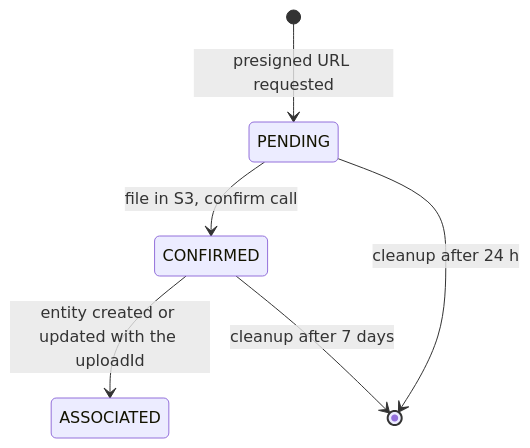
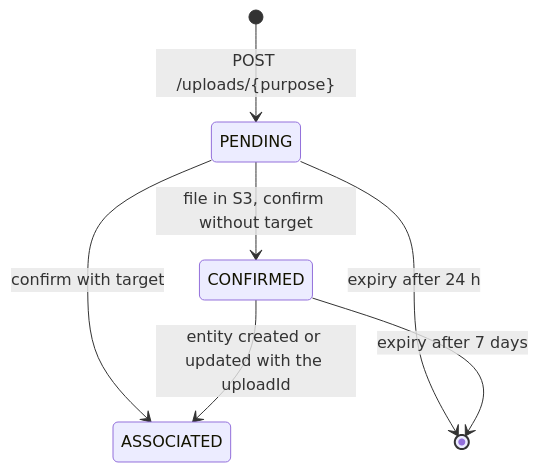
One commit to nissimbuchs/BATbern2 changed the second of 18 diagrams in docs/architecture/03-data-architecture.md. Above: the diagram before and after it, drawn with Mermaid. The commit also changed other lines of this file and 138 other files, not shown here.

First line of the commit message:
refactor(uploads)!: one upload contract, first purpose company-logo (Epic 17, 4.11) (#1308)

````diff
--- a/docs/architecture/03-data-architecture.md
+++ b/docs/architecture/03-data-architecture.md
@@ -104,8 +108,9 @@
 ```mermaid
 stateDiagram-v2
-    [*] --> PENDING: presigned URL requested
-    PENDING --> CONFIRMED: file in S3, confirm call
+    [*] --> PENDING: POST /uploads/{purpose}
+    PENDING --> CONFIRMED: file in S3, confirm without target
+    PENDING --> ASSOCIATED: confirm with target
     CONFIRMED --> ASSOCIATED: entity created or updated with the uploadId
-    PENDING --> [*]: cleanup after 24 h
-    CONFIRMED --> [*]: cleanup after 7 days
+    PENDING --> [*]: expiry after 24 h
+    CONFIRMED --> [*]: expiry after 7 days
 ```
````
